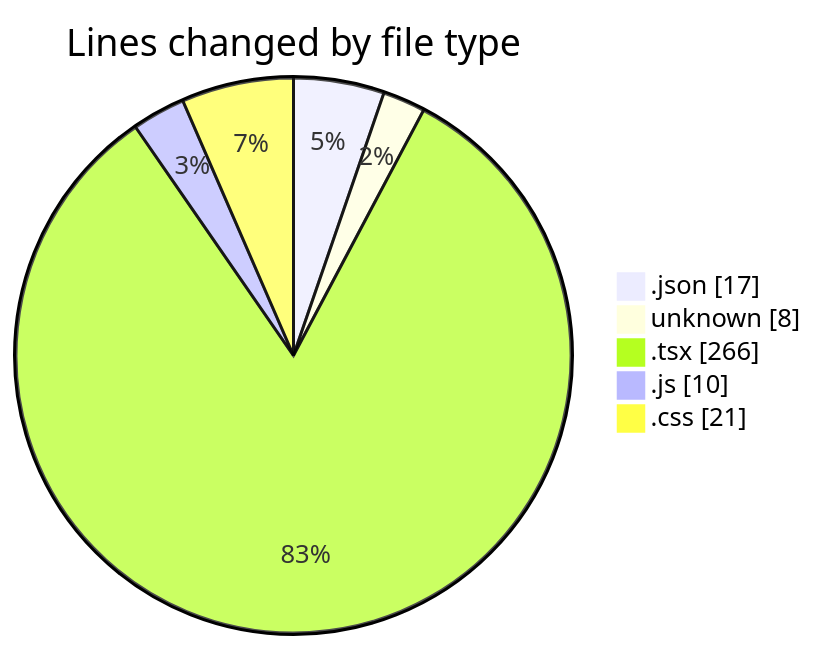
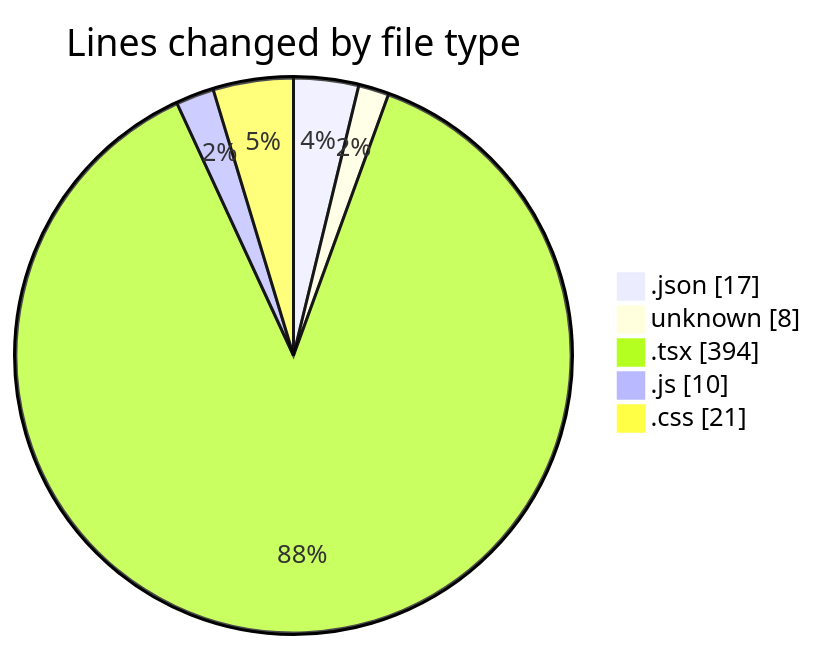
The first of 2 diagrams in 2025-05-02/niten/README.md (Elitesun/code-tracking), drawn with Mermaid before and after one commit. The commit also changed other lines of this file and 1 other file, not shown here.

````diff
--- a/2025-05-02/niten/README.md
+++ b/2025-05-02/niten/README.md
@@ -28,9 +29,9 @@
 ```mermaid
 pie showData
 title Lines changed by file type
 ".json" : 17
 "unknown" : 8
-".tsx" : 266
+".tsx" : 394
 ".js" : 10
 ".css" : 21
 ```
````
